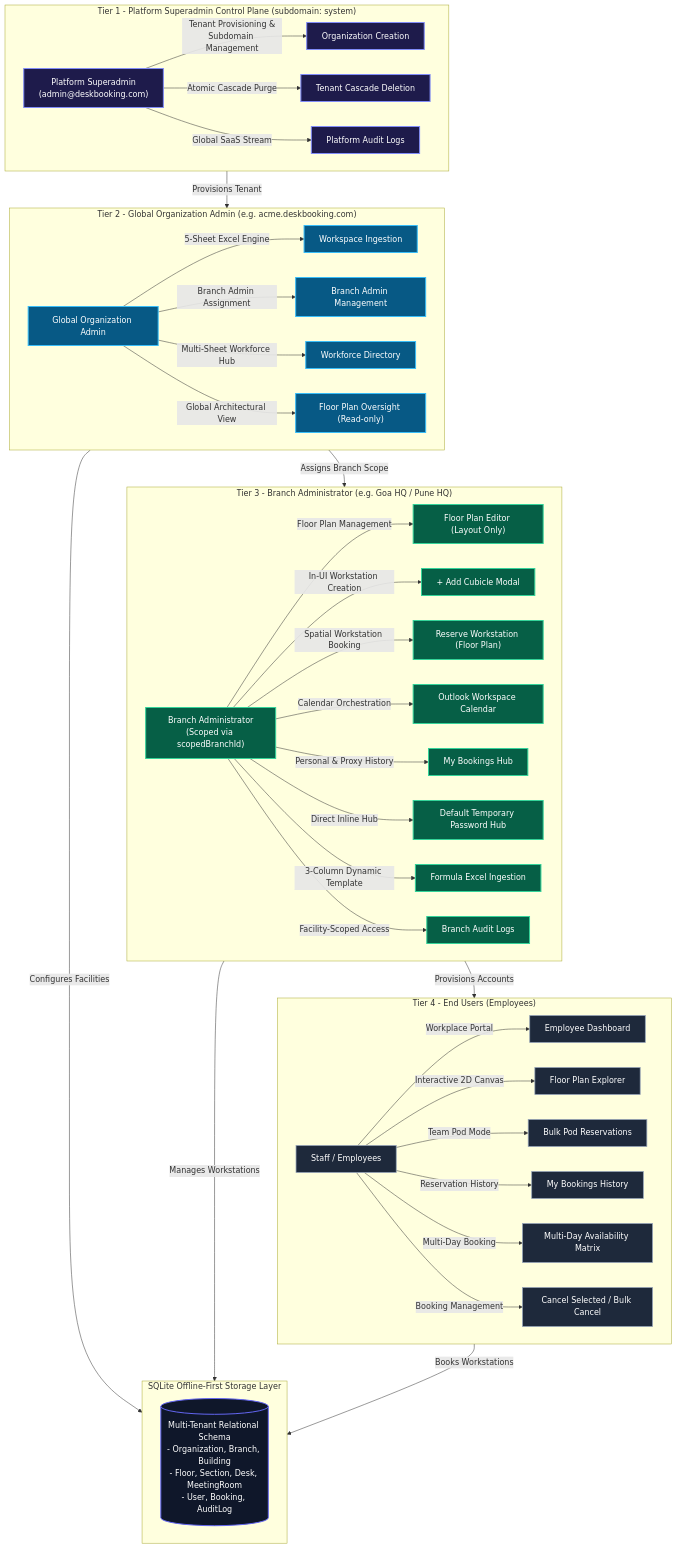
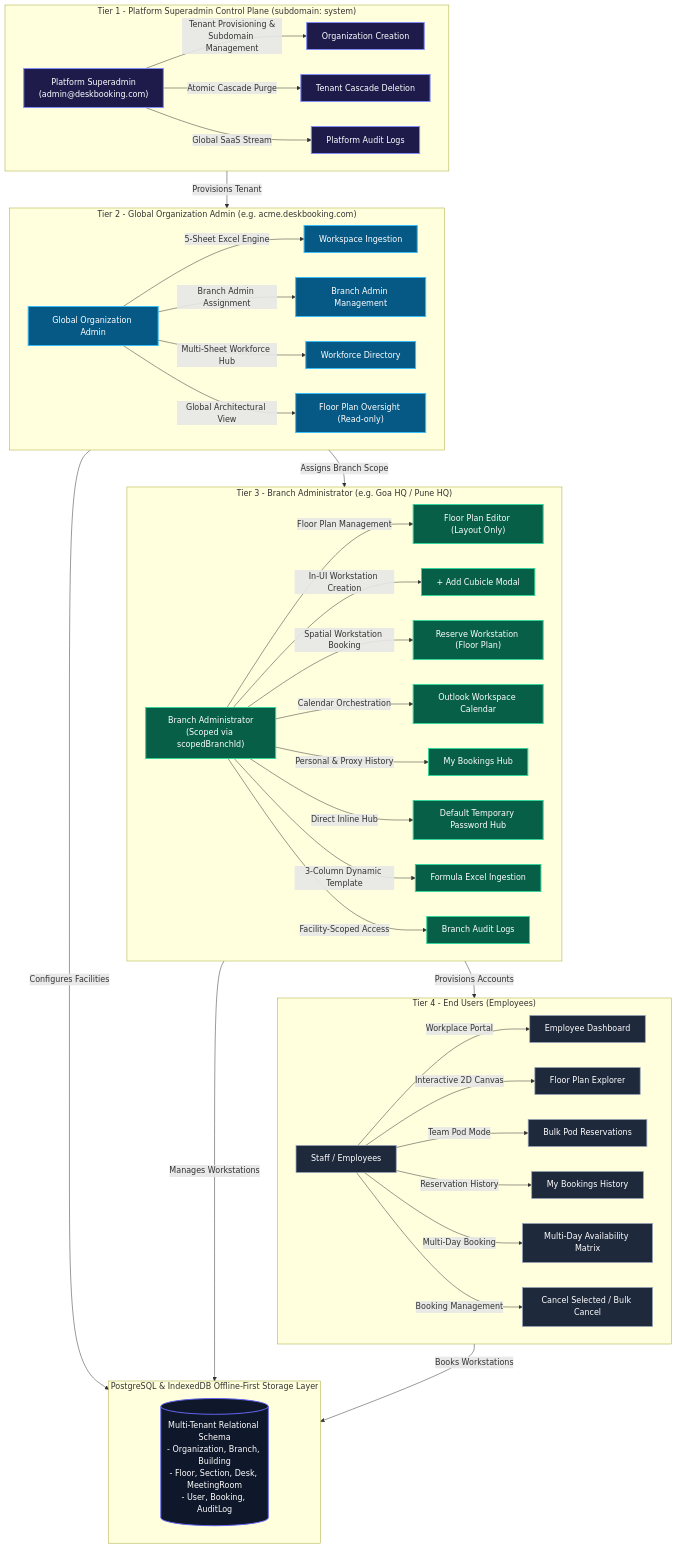
Before and after one commit to swayamprabhu2005/DeskSphere: the diagram in README.md, drawn with Mermaid. The commit also changed other lines of this file and 2 other files, not shown here.

````diff
--- a/README.md
+++ b/README.md
@@ -18,56 +18,56 @@
 ```mermaid
 flowchart TD
     classDef platform fill:#1e1b4b,stroke:#818cf8,stroke-width:2px,color:#ffffff;
     classDef org fill:#075985,stroke:#38bdf8,stroke-width:2px,color:#ffffff;
     classDef branch fill:#065f46,stroke:#34d399,stroke-width:2px,color:#ffffff;
     classDef employee fill:#1e293b,stroke:#94a3b8,stroke-width:1.5px,color:#ffffff;
     classDef database fill:#0f172a,stroke:#6366f1,stroke-width:2px,color:#ffffff;
 
     subgraph Tier1["Tier 1 - Platform Superadmin Control Plane (subdomain: system)"]
         SA["Platform Superadmin\n(admin@deskbooking.com)"]:::platform
         SA -->|"Tenant Provisioning &\nSubdomain Management"| OP["Organization Creation"]:::platform
         SA -->|"Atomic Cascade Purge"| CP["Tenant Cascade Deletion"]:::platform
         SA -->|"Global SaaS Stream"| AL1["Platform Audit Logs"]:::platform
     end
 
     subgraph Tier2["Tier 2 - Global Organization Admin (e.g. acme.deskbooking.com)"]
         OA["Global Organization Admin"]:::org
         OA -->|"5-Sheet Excel Engine"| WS["Workspace Ingestion"]:::org
         OA -->|"Branch Admin Assignment"| BA_Prov["Branch Admin Management"]:::org
         OA -->|"Multi-Sheet Workforce Hub"| WF["Workforce Directory"]:::org
         OA -->|"Global Architectural View"| FP_Oversight["Floor Plan Oversight (Read-only)"]:::org
     end
 
     subgraph Tier3["Tier 3 - Branch Administrator (e.g. Goa HQ / Pune HQ)"]
         BA["Branch Administrator\n(Scoped via scopedBranchId)"]:::branch
         BA -->|"Floor Plan Management"| FP_EXP["Floor Plan Editor (Layout Only)"]:::branch
         BA -->|"In-UI Workstation Creation"| ADD_CUB["+ Add Cubicle Modal"]:::branch
         BA -->|"Spatial Workstation Booking"| BA_RES["Reserve Workstation (Floor Plan)"]:::branch
         BA -->|"Calendar Orchestration"| BA_CAL["Outlook Workspace Calendar"]:::branch
         BA -->|"Personal & Proxy History"| BA_BK["My Bookings Hub"]:::branch
         BA -->|"Direct Inline Hub"| PWD_HUB["Default Temporary Password Hub"]:::branch
         BA -->|"3-Column Dynamic Template"| BATCH["Formula Excel Ingestion"]:::branch
         BA -->|"Facility-Scoped Access"| BA_AUDIT["Branch Audit Logs"]:::branch
     end
 
     subgraph Tier4["Tier 4 - End Users (Employees)"]
         EMP["Staff / Employees"]:::employee
         EMP -->|"Workplace Portal"| DASH["Employee Dashboard"]:::employee
         EMP -->|"Interactive 2D Canvas"| BOOKING["Floor Plan Explorer"]:::employee
         EMP -->|"Team Pod Mode"| BULK["Bulk Pod Reservations"]:::employee
         EMP -->|"Reservation History"| MY_BK["My Bookings History"]:::employee
         EMP -->|"Multi-Day Booking"| MULTIDAY["Multi-Day Availability Matrix"]:::employee
         EMP -->|"Booking Management"| CANCEL["Cancel Selected / Bulk Cancel"]:::employee
     end
 
-    subgraph Storage["SQLite Offline-First Storage Layer"]
+    subgraph Storage["PostgreSQL & IndexedDB Offline-First Storage Layer"]
         DB[("Multi-Tenant Relational Schema\n- Organization, Branch, Building\n- Floor, Section, Desk, MeetingRoom\n- User, Booking, AuditLog")]:::database
     end
 
     Tier1 -->|"Provisions Tenant"| Tier2
     Tier2 -->|"Configures Facilities"| Storage
     Tier2 -->|"Assigns Branch Scope"| Tier3
     Tier3 -->|"Provisions Accounts"| Tier4
     Tier3 -->|"Manages Workstations"| Storage
     Tier4 -->|"Books Workstations"| Storage
 ```
````
